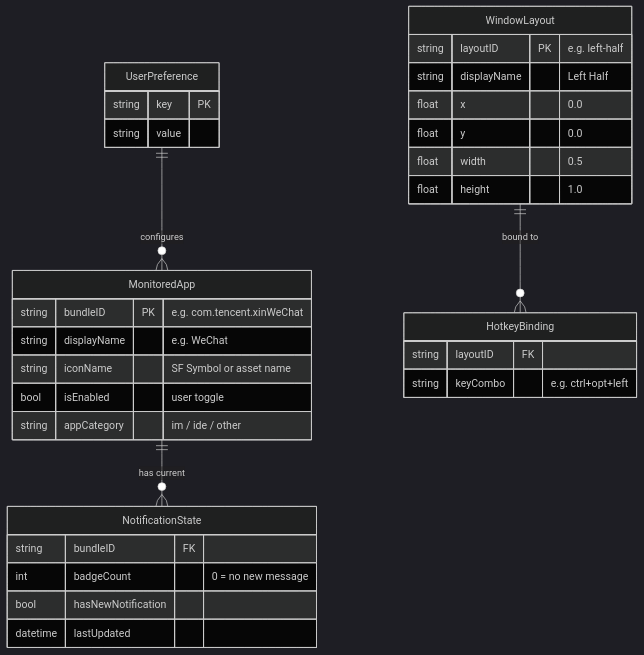
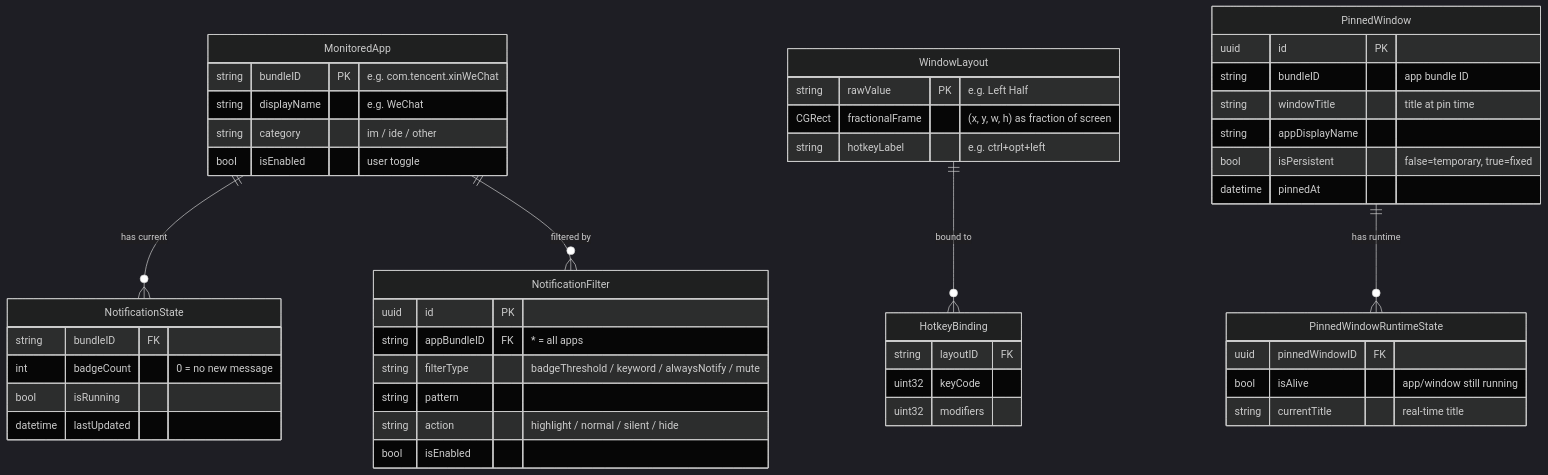
Before and after one commit to MickMi/narc_for_mac: the first of 2 diagrams in docs/architecture.md, drawn with Mermaid (dark theme). The commit also changed other lines of this file and 5 other files, not shown here.

Commit message:
feat(window): intent-based layout, Electron resilience, native fullscreen support

````diff
--- a/docs/architecture.md
+++ b/docs/architecture.md
@@ -23,36 +26,51 @@
 ```mermaid
 erDiagram
     MonitoredApp ||--o{ NotificationState : "has current"
-    UserPreference ||--o{ MonitoredApp : "configures"
+    MonitoredApp ||--o{ NotificationFilter : "filtered by"
     WindowLayout ||--o{ HotkeyBinding : "bound to"
+    PinnedWindow ||--o{ PinnedWindowRuntimeState : "has runtime"
 
     MonitoredApp {
         string bundleID PK "e.g. com.tencent.xinWeChat"
         string displayName "e.g. WeChat"
-        string iconName "SF Symbol or asset name"
+        string category "im / ide / other"
         bool isEnabled "user toggle"
-        string appCategory "im / ide / other"
     }
     NotificationState {
         string bundleID FK
         int badgeCount "0 = no new message"
-        bool hasNewNotification
+        bool isRunning
         datetime lastUpdated
     }
+    NotificationFilter {
+        uuid id PK
+        string appBundleID FK "* = all apps"
+        string filterType "badgeThreshold / keyword / alwaysNotify / mute"
+        string pattern
+        string action "highlight / normal / silent / hide"
+        bool isEnabled
+    }
     WindowLayout {
-        string layoutID PK "e.g. left-half"
-        string displayName "Left Half"
-        float x "0.0"
-        float y "0.0"
-        float width "0.5"
-        float height "1.0"
+        string rawValue PK "e.g. Left Half"
+        CGRect fractionalFrame "(x, y, w, h) as fraction of screen"
+        string hotkeyLabel "e.g. ctrl+opt+left"
     }
     HotkeyBinding {
         string layoutID FK
-        string keyCombo "e.g. ctrl+opt+left"
+        uint32 keyCode
+        uint32 modifiers
     }
-    UserPreference {
-        string key PK
-        string value
+    PinnedWindow {
+        uuid id PK
+        string bundleID "app bundle ID"
+        string windowTitle "title at pin time"
+        string appDisplayName
+        bool isPersistent "false=temporary, true=fixed"
+        datetime pinnedAt
+    }
+    PinnedWindowRuntimeState {
+        uuid pinnedWindowID FK
+        bool isAlive "app/window still running"
+        string currentTitle "real-time title"
     }
 ```
````
